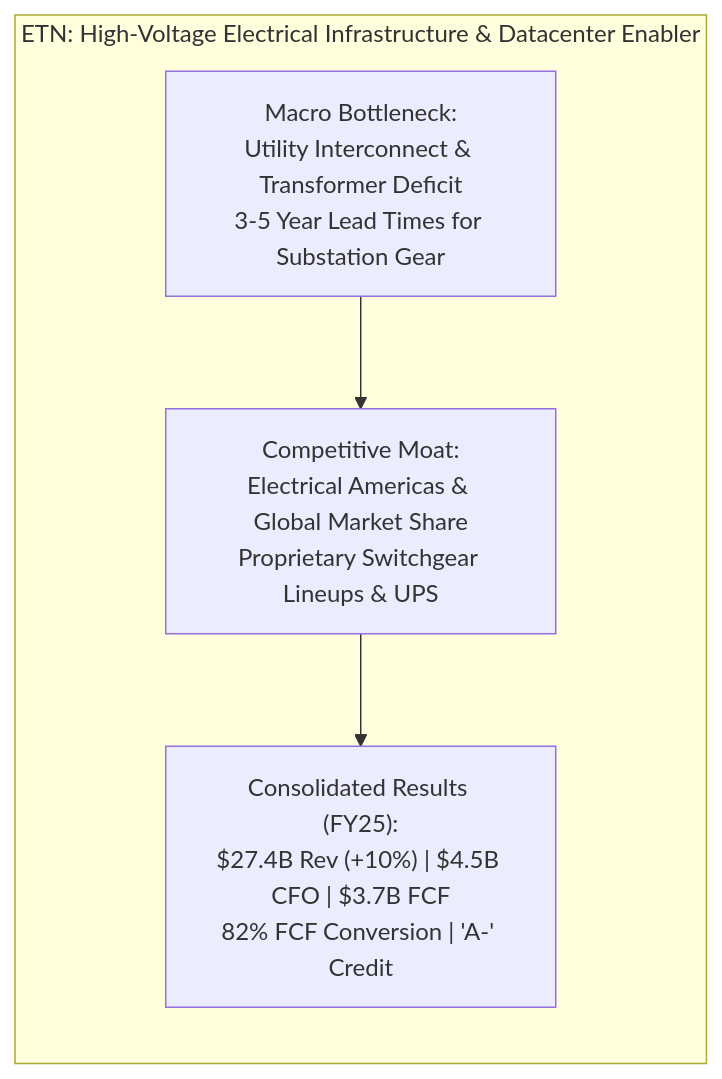
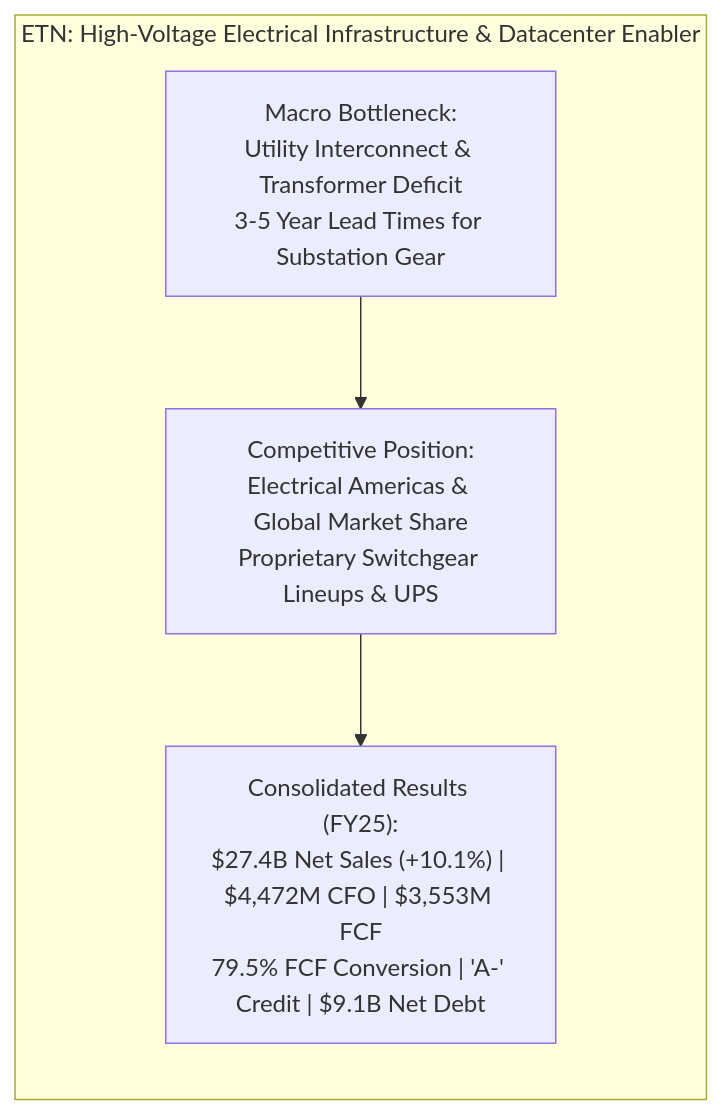
The second of 2 diagrams in docs/research/discovery_cycle_2/DISCOVERY_OPPORTUNITY_RECORDS.md (daakara/finance), drawn with Mermaid before and after one commit. The commit also changed other lines of this file and 6 other files, not shown here.

````diff
--- a/docs/research/discovery_cycle_2/DISCOVERY_OPPORTUNITY_RECORDS.md
+++ b/docs/research/discovery_cycle_2/DISCOVERY_OPPORTUNITY_RECORDS.md
@@ -93,9 +98,9 @@
 ```mermaid
 flowchart LR
     subgraph ETN_Model["ETN: High-Voltage Electrical Infrastructure & Datacenter Enabler"]
         Grid["Macro Bottleneck:<br/>Utility Interconnect & Transformer Deficit<br/>3-5 Year Lead Times for Substation Gear"]
-        ETN_Pos["Competitive Moat:<br/>Electrical Americas & Global Market Share<br/>Proprietary Switchgear Lineups & UPS"]
-        Cash_Gen["Consolidated Results (FY25):<br/>$27.4B Rev (+10%) | $4.5B CFO | $3.7B FCF<br/>82% FCF Conversion | 'A-' Credit"]
+        ETN_Pos["Competitive Position:<br/>Electrical Americas & Global Market Share<br/>Proprietary Switchgear Lineups & UPS"]
+        Cash_Gen["Consolidated Results (FY25):<br/>$27.4B Net Sales (+10.1%) | $4,472M CFO | $3,553M FCF<br/>79.5% FCF Conversion | 'A-' Credit | $9.1B Net Debt"]
     end
     Grid --> ETN_Pos --> Cash_Gen
 ```
````
